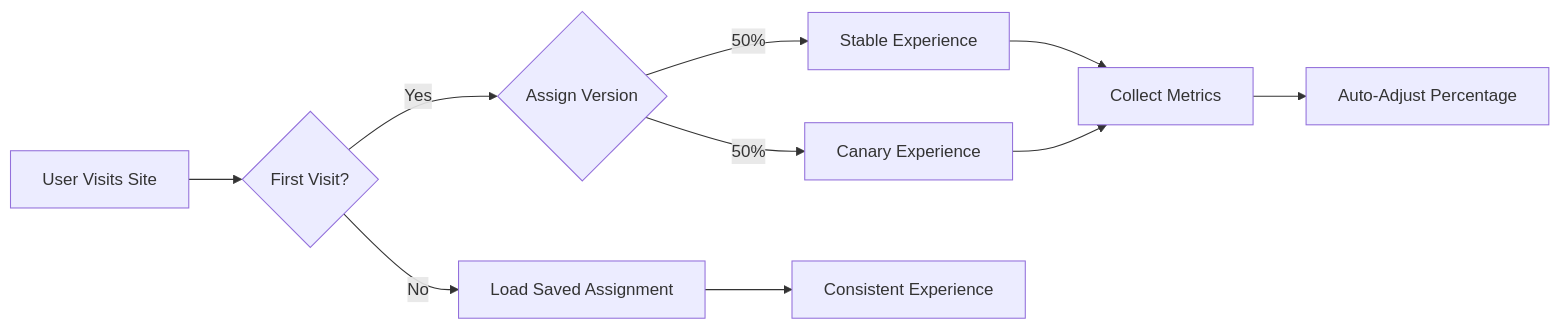
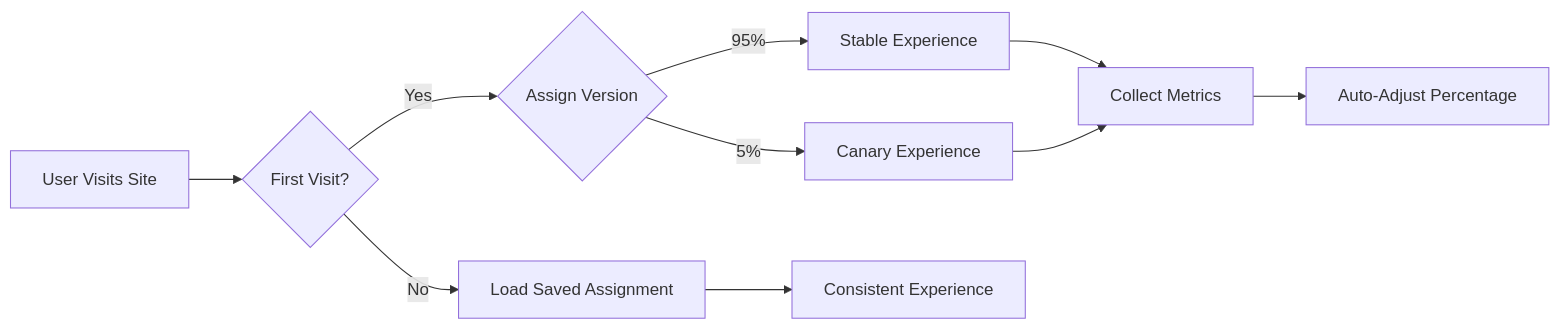
One commit to lloydchang/client-side-canary-deployment changed the first of 2 diagrams in README.md. Above: the diagram before and after it, drawn with Mermaid. The commit also changed other lines of this file, not shown here.

````diff
--- a/README.md
+++ b/README.md
@@ -15,12 +15,12 @@
 ```mermaid
 graph LR
     A[User Visits Site] --> B{First Visit?}
     B -->|Yes| C{Assign Version}
     B -->|No| D[Load Saved Assignment]
-    C -->|50%| E[Stable Experience]
-    C -->|50%| F[Canary Experience]
+    C -->|95%| E[Stable Experience]
+    C -->|5%| F[Canary Experience]
     D --> G[Consistent Experience]
     E --> H[Collect Metrics]
     F --> H
     H --> I[Auto-Adjust Percentage]
 ```
````
